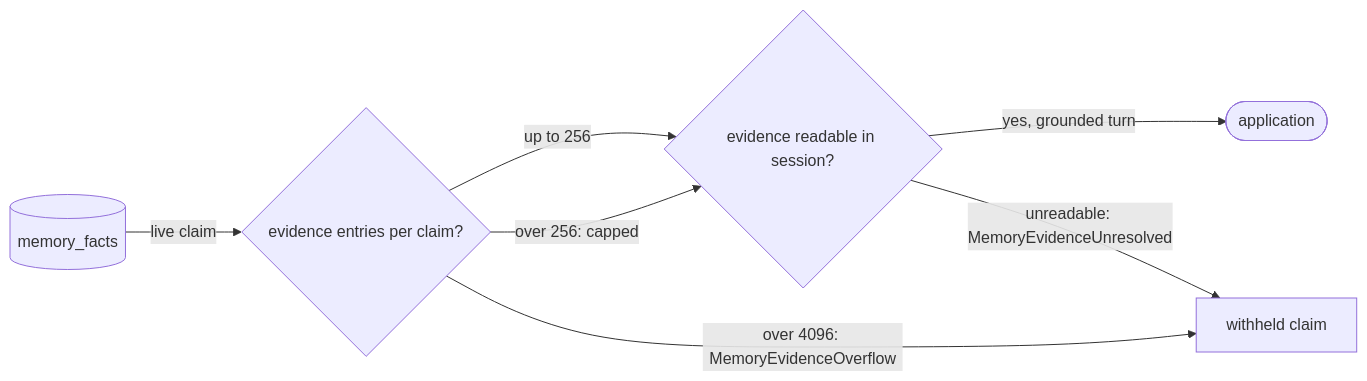
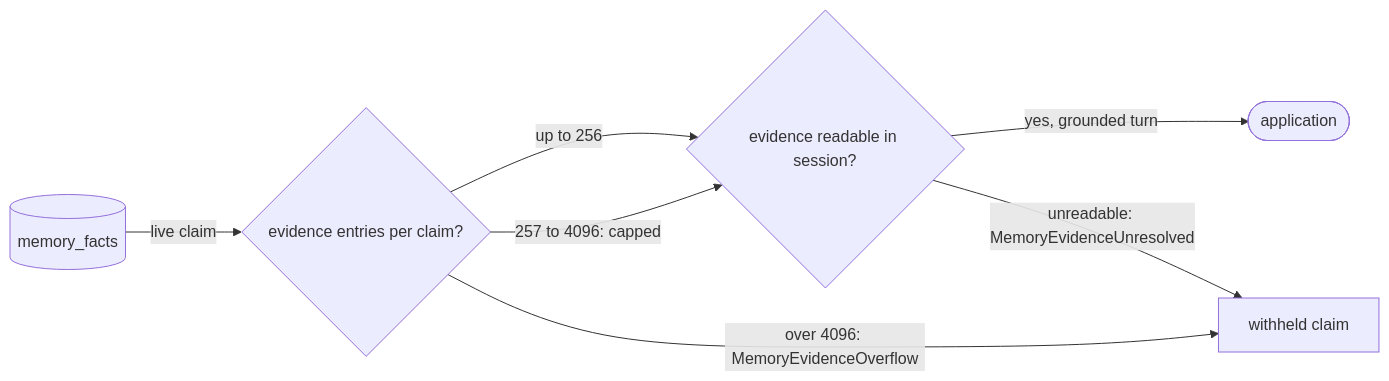
The third of 4 diagrams in spec/21-memory.md (fractalboxdev/contextful), drawn with Mermaid before and after one commit. The commit also changed other lines of this file and 7 other files, not shown here.

````diff
--- a/spec/21-memory.md
+++ b/spec/21-memory.md
@@ -177,9 +177,9 @@
 ```mermaid
 flowchart LR
   FACTS[("memory_facts")] -->|"live claim"| COUNT{"evidence entries per claim?"}
   COUNT -->|"up to 256"| EV{"evidence readable in session?"}
-  COUNT -->|"over 256: capped"| EV
+  COUNT -->|"257 to 4096: capped"| EV
   COUNT -->|"over 4096: MemoryEvidenceOverflow"| HELD["withheld claim"]
   EV -->|"yes, grounded turn"| APP(["application"])
   EV -->|"unreadable: MemoryEvidenceUnresolved"| HELD
 ```
````
